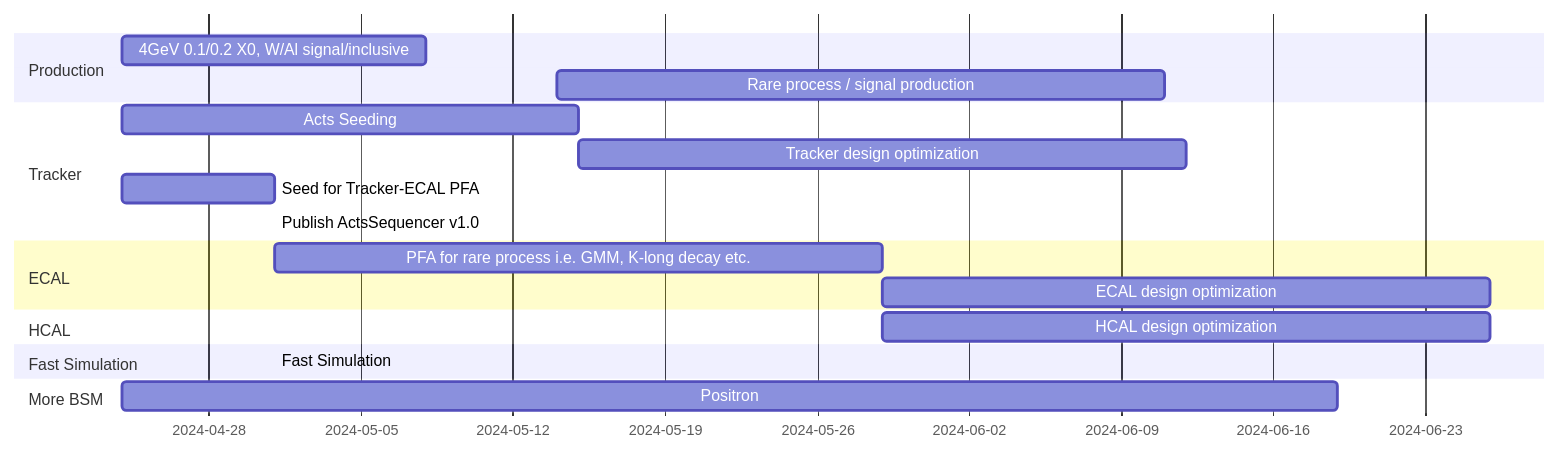
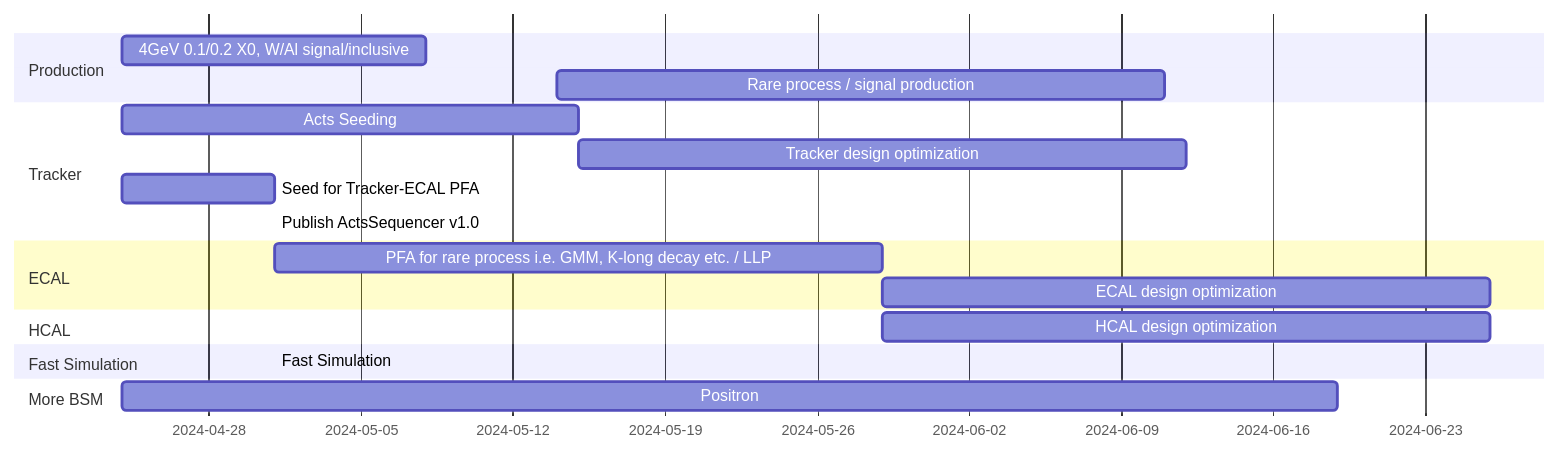
One commit to DarkSHINE-Slides-Xuliang/20240424-workshop changed the third of 3 diagrams in example.md. Above: the diagram before and after it, drawn with Mermaid. The commit also changed other lines of this file, not shown here.

````diff
--- a/example.md
+++ b/example.md
@@ -376,21 +376,21 @@
 ```mermaid
 gantt
     dateFormat YYYY-MM-DD
     section Production
         4GeV 0.1/0.2 X0, W/Al signal/inclusive : 2024-04-24, 2w
         Rare process / signal production : 2024-05-14, 4w
     section Tracker
         Acts Seeding   : a1, 2024-04-24, 3w 
         Tracker design optimization : after a1, 4w
         Seed for Tracker-ECAL PFA :c1, 2024-04-24, 1w
         Publish ActsSequencer v1.0: after c1, 1h
     section ECAL
-        PFA for rare process i.e. GMM, K-long decay etc. : c2, after c1, 4w
+        PFA for rare process i.e. GMM, K-long decay etc. / LLP : c2, after c1, 4w
         ECAL design optimization : c3, after c2, 4w
     section HCAL
         HCAL design optimization : after c2, 4w
     section Fast Simulation
         Fast Simulation : 2024-05-01
     section More BSM
         Positron :  2024-04-24, 8w
 ```
````
